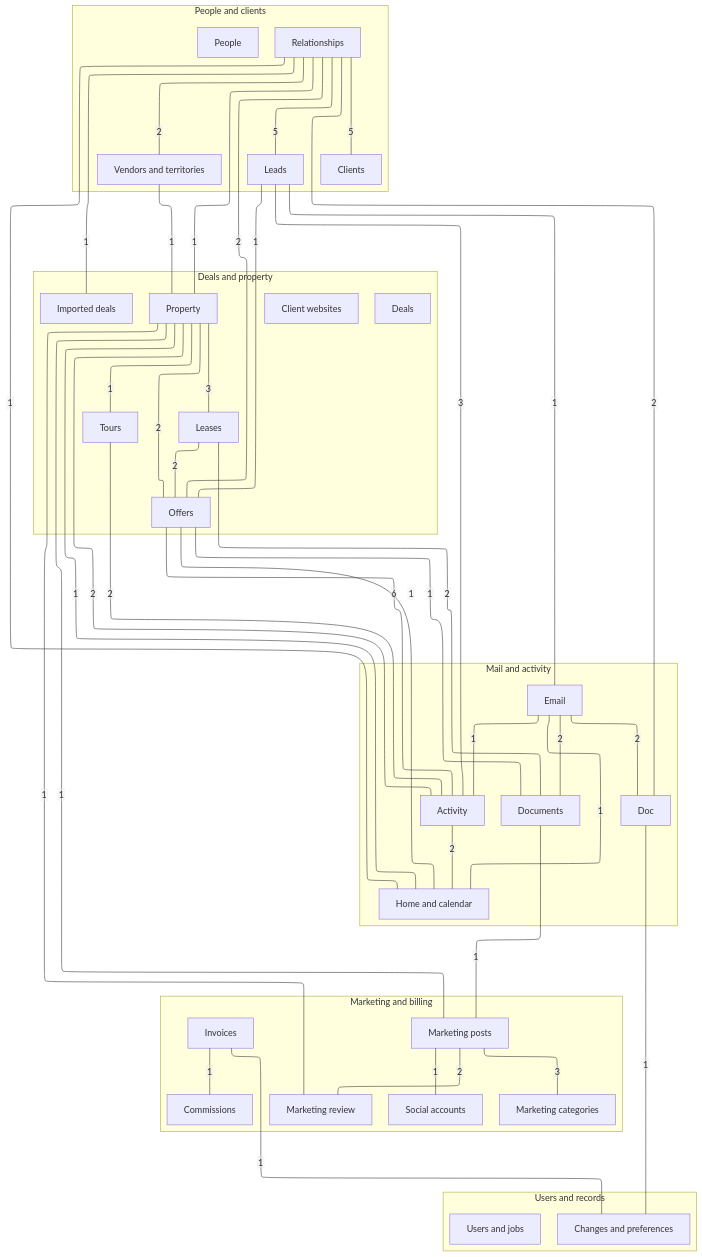
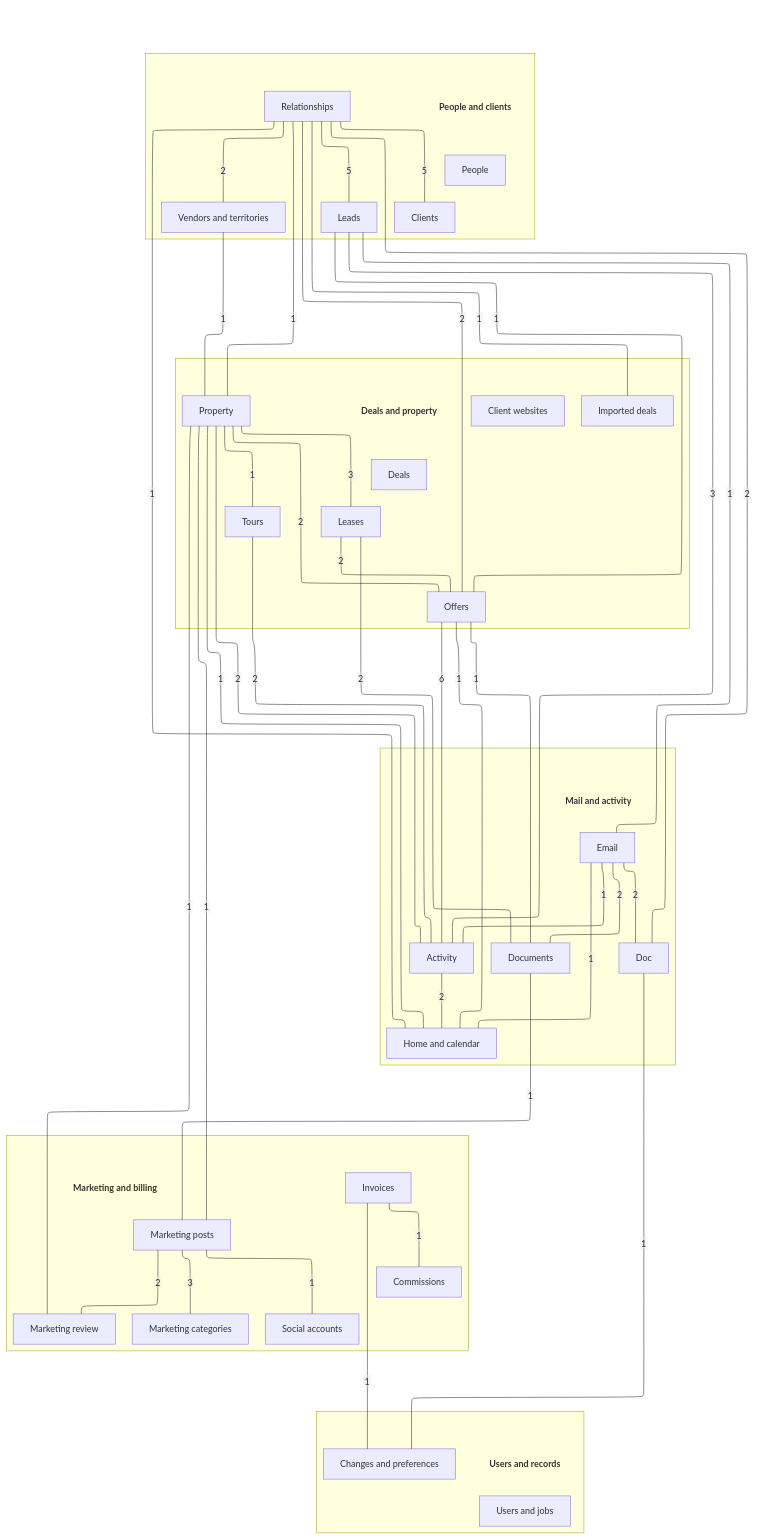
Before and after one commit to DoctorCRE/doctorcre-engine: the diagram in docs/database/README.md, drawn with Mermaid. The commit also changed other lines of this file and 4 other files, not shown here.

Commit message:
Clear diagram headings and show links from Deals

````diff
--- a/docs/database/README.md
+++ b/docs/database/README.md
@@ -6,22 +6,26 @@
 ```mermaid
 ---
+title: "\u00a0"
 config:
   layout: elk
   flowchart:
+    titleTopMargin: 56
     htmlLabels: false
     diagramPadding: 8
     nodeSpacing: 25
     rankSpacing: 35
 ---
 flowchart TB
-  subgraph group0["People and clients"]
+  subgraph group0[" "]
+    heading-group0["People and clients"]:::heading
     a-people["People"]
     a-relationships["Relationships"]
     a-clients["Clients"]
     a-vendors-territories["Vendors and territories"]
     a-leads["Leads"]
   end
-  subgraph group1["Deals and property"]
+  subgraph group1[" "]
+    heading-group1["Deals and property"]:::heading
     a-deals["Deals"]
     a-imported-deals["Imported deals"]
     a-property["Property"]
@@ -30,14 +34,16 @@
     a-tours["Tours"]
     a-website["Client websites"]
   end
-  subgraph group2["Mail and activity"]
+  subgraph group2[" "]
+    heading-group2["Mail and activity"]:::heading
     a-email["Email"]
     a-documents["Documents"]
     a-activity["Activity"]
     a-home-calendar["Home and calendar"]
     a-doc["Doc"]
   end
-  subgraph group3["Marketing and billing"]
+  subgraph group3[" "]
+    heading-group3["Marketing and billing"]:::heading
     a-marketing-posts["Marketing posts"]
     a-marketing-categories["Marketing categories"]
     a-marketing-review["Marketing review"]
@@ -45,7 +51,8 @@
     a-invoices["Invoices"]
     a-commissions["Commissions"]
   end
-  subgraph group4["Users and records"]
+  subgraph group4[" "]
+    heading-group4["Users and records"]:::heading
     a-users-jobs["Users and jobs"]
     a-changes-preferences["Changes and preferences"]
   end
@@ -111,4 +118,10 @@
   click a-website href "https://github.com/DoctorCRE/doctorcre-engine/blob/main/docs/database/tables/viewpoint-website.md"
   click a-users-jobs href "https://github.com/DoctorCRE/doctorcre-engine/blob/main/docs/database/tables/viewpoint-users-jobs.md"
   click a-changes-preferences href "https://github.com/DoctorCRE/doctorcre-engine/blob/main/docs/database/tables/viewpoint-changes-preferences.md"
+  heading-group0 ~~~ a-people
+  heading-group1 ~~~ a-deals
+  heading-group2 ~~~ a-email
+  heading-group3 ~~~ a-marketing-posts
+  heading-group4 ~~~ a-users-jobs
+  classDef heading fill:none,stroke:none,font-weight:bold
 ```
````
